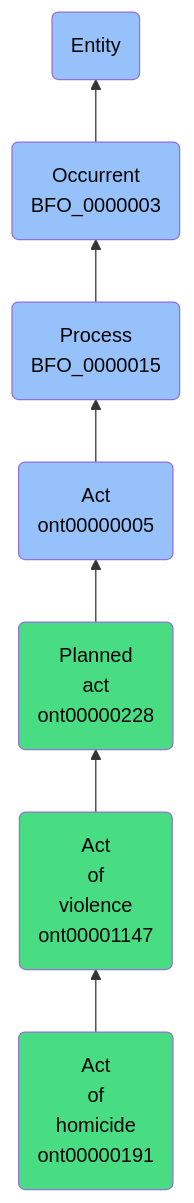
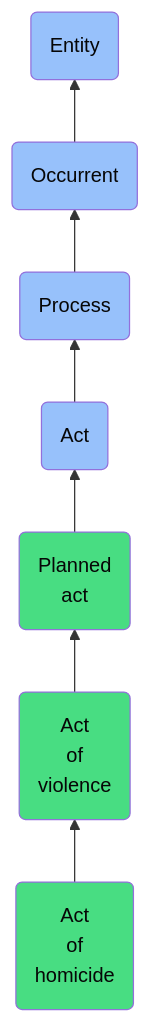
One commit to jupyter-naas/abi changed the diagram in docs/ontology/reference/model/Entity/Occurrent/Process/Act/Planned act/Act of violence/Act of homicide/Act of homicide.md. Above: the diagram before and after it, drawn with Mermaid. The commit also changed other lines of this file and 1430 other files, not shown here.

````diff
--- a/docs/ontology/reference/model/Entity/Occurrent/Process/Act/Planned act/Act of violence/Act of homicide/Act of homicide.md
+++ b/docs/ontology/reference/model/Entity/Occurrent/Process/Act/Planned act/Act of violence/Act of homicide/Act of homicide.md
@@ -24,14 +24,14 @@
 ```mermaid
 graph BT
-    ont00000191(Act<br>of<br>homicide<br>ont00000191):::ABI-->ont00001147
-    ont00001147(Act<br>of<br>violence<br>ont00001147):::ABI-->ont00000228
-    ont00000228(Planned<br>act<br>ont00000228):::ABI-->ont00000005
-    ont00000005(Act<br>ont00000005):::BFO-->BFO_0000015
-    BFO_0000015(Process<br>BFO_0000015):::BFO-->BFO_0000003
-    BFO_0000003(Occurrent<br>BFO_0000003):::BFO-->BFO_0000001
+    ont00000191(Act<br>of<br>homicide):::ABI-->ont00001147
+    ont00001147(Act<br>of<br>violence):::ABI-->ont00000228
+    ont00000228(Planned<br>act):::ABI-->ont00000005
+    ont00000005(Act):::BFO-->BFO_0000015
+    BFO_0000015(Process):::BFO-->BFO_0000003
+    BFO_0000003(Occurrent):::BFO-->BFO_0000001
     BFO_0000001(Entity):::BFO
     
     classDef BFO fill:#97c1fb,color:#060606
     classDef CCO fill:#e4c51e,color:#060606
     classDef ABI fill:#48DD82,color:#060606
 ```
````
